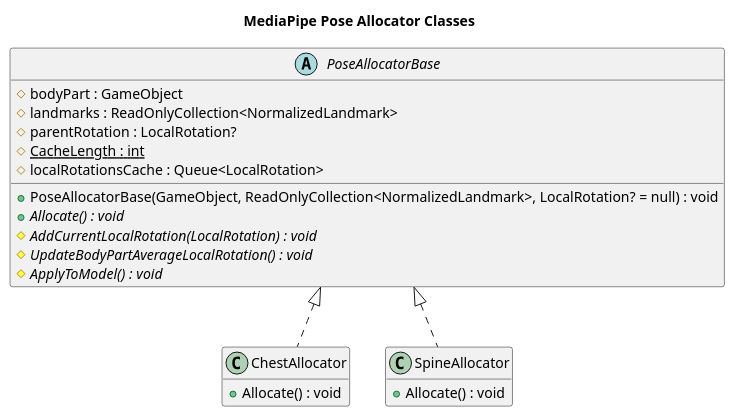
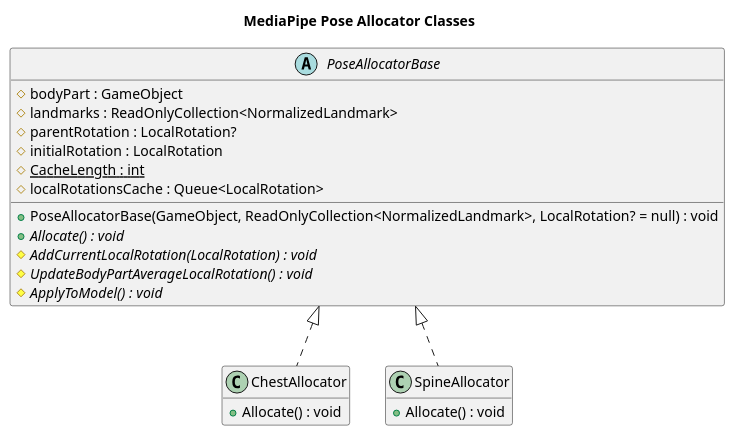
Before and after one commit to Yupopyoi/VHub: the diagram in Docs/MediaPipe/AllocatorClasses.pu, drawn with PlantUML. The commit also changed 4 other files, not shown here.

```diff
--- a/Docs/MediaPipe/AllocatorClasses.pu
+++ b/Docs/MediaPipe/AllocatorClasses.pu
@@ -1,32 +1,33 @@
 @startuml AllocatorClasses
 
 title MediaPipe Pose Allocator Classes
 
 hide empty members
 
 abstract class PoseAllocatorBase{
     #bodyPart : GameObject
     #landmarks : ReadOnlyCollection<NormalizedLandmark>
     #parentRotation : LocalRotation?
+    #initialRotation : LocalRotation
     #{static} CacheLength : int
     #localRotationsCache : Queue<LocalRotation> 
     +PoseAllocatorBase(GameObject, ReadOnlyCollection<NormalizedLandmark>, LocalRotation? = null) : void
     +{abstract}Allocate() : void
     #{abstract}AddCurrentLocalRotation(LocalRotation) : void
     #{abstract}UpdateBodyPartAverageLocalRotation() : void
     #{abstract}ApplyToModel() : void
 }
 
 PoseAllocatorBase <|.. ChestAllocator
 
 class ChestAllocator{
     +Allocate() : void
 }
 
 PoseAllocatorBase <|.. SpineAllocator
 
 class SpineAllocator{
     +Allocate() : void
 }
 
 @enduml
```
